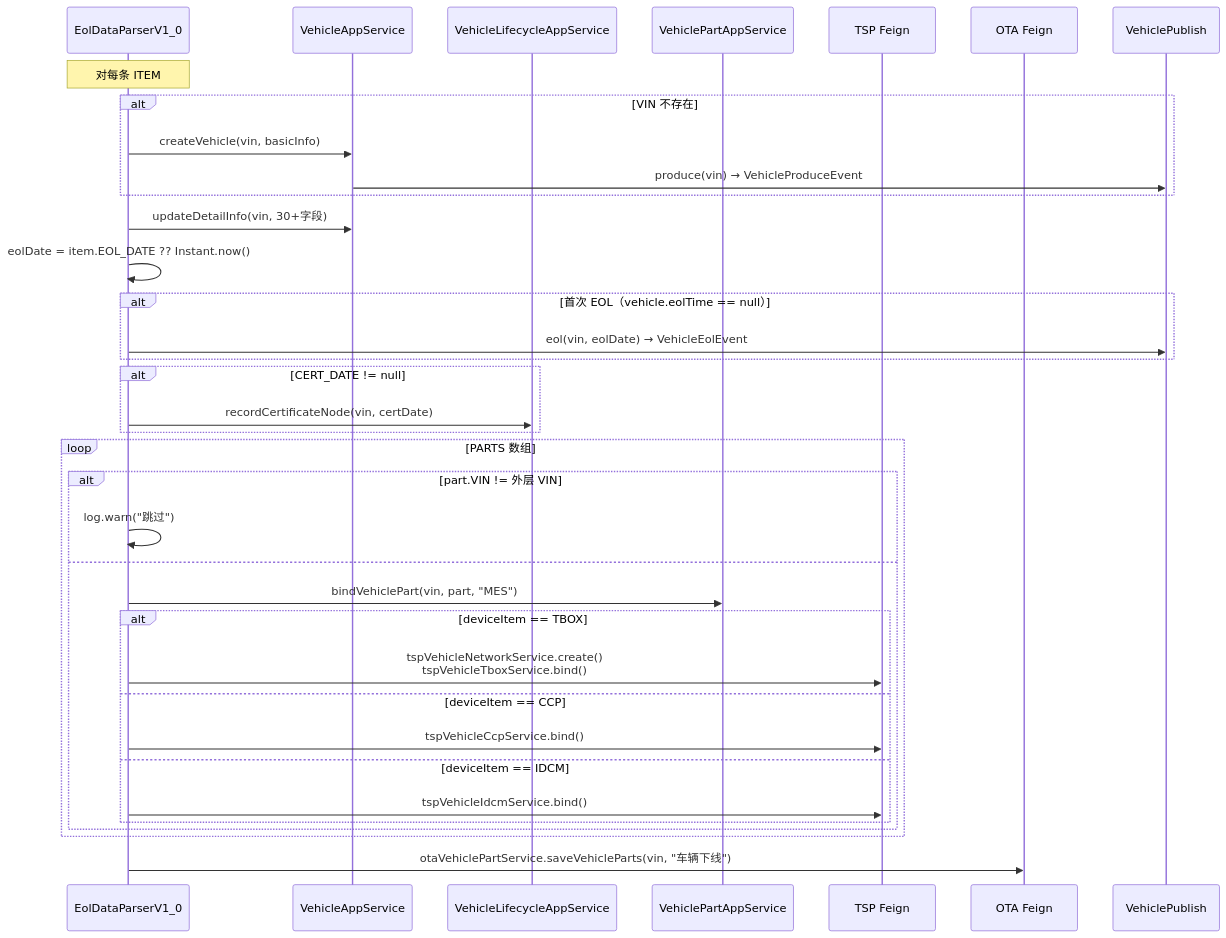
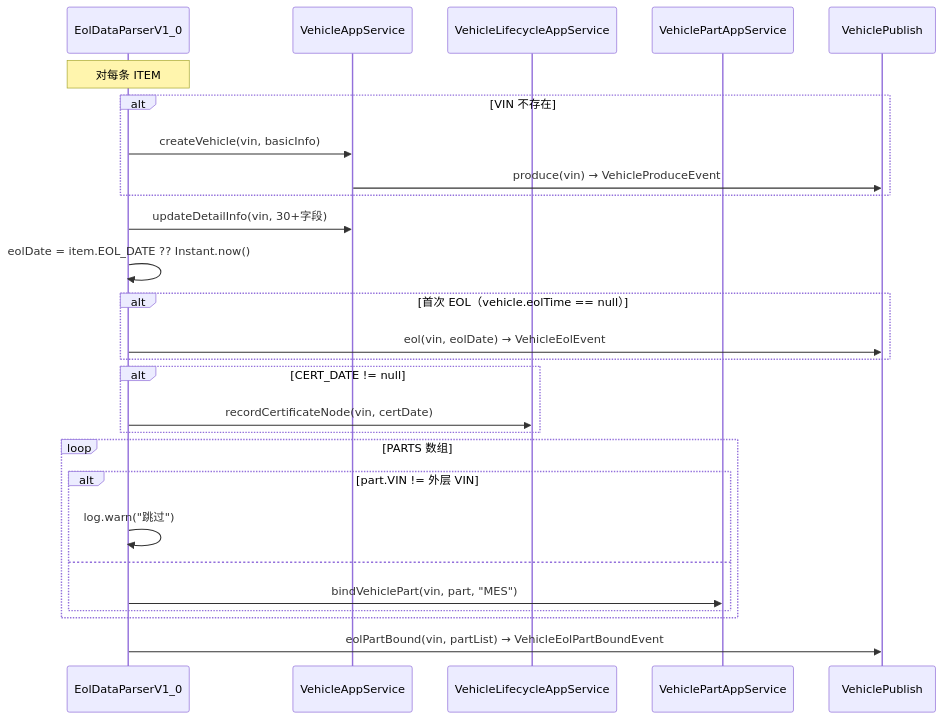
One commit to hwyzleo/iov-cloud-edd-vmd changed the sixth of 9 diagrams in specs/vehicle-master-data-platform/design.md. Above: the diagram before and after it, drawn with Mermaid. The commit also changed other lines of this file and 7 other files, not shown here.

````diff
--- a/specs/vehicle-master-data-platform/design.md
+++ b/specs/vehicle-master-data-platform/design.md
@@ -299,39 +299,30 @@
 ```mermaid
 sequenceDiagram
     participant P as EolDataParserV1_0
     participant V as VehicleAppService
     participant L as VehicleLifecycleAppService
     participant VP as VehiclePartAppService
-    participant T as TSP Feign
-    participant O as OTA Feign
     participant E as VehiclePublish
 
     Note over P: 对每条 ITEM
     alt VIN 不存在
         P->>V: createVehicle(vin, basicInfo)
         V->>E: produce(vin) → VehicleProduceEvent
     end
     P->>V: updateDetailInfo(vin, 30+字段)
     P->>P: eolDate = item.EOL_DATE ?? Instant.now()
     alt 首次 EOL（vehicle.eolTime == null）
         P->>E: eol(vin, eolDate) → VehicleEolEvent
     end
     alt CERT_DATE != null
         P->>L: recordCertificateNode(vin, certDate)
     end
     loop PARTS 数组
         alt part.VIN != 外层 VIN
             P->>P: log.warn("跳过")
         else
             P->>VP: bindVehiclePart(vin, part, "MES")
-            alt deviceItem == TBOX
-                P->>T: tspVehicleNetworkService.create()<br/>tspVehicleTboxService.bind()
-            else deviceItem == CCP
-                P->>T: tspVehicleCcpService.bind()
-            else deviceItem == IDCM
-                P->>T: tspVehicleIdcmService.bind()
-            end
         end
     end
-    P->>O: otaVehiclePartService.saveVehicleParts(vin, "车辆下线")
+    P->>E: eolPartBound(vin, partList) → VehicleEolPartBoundEvent
 ```
````
